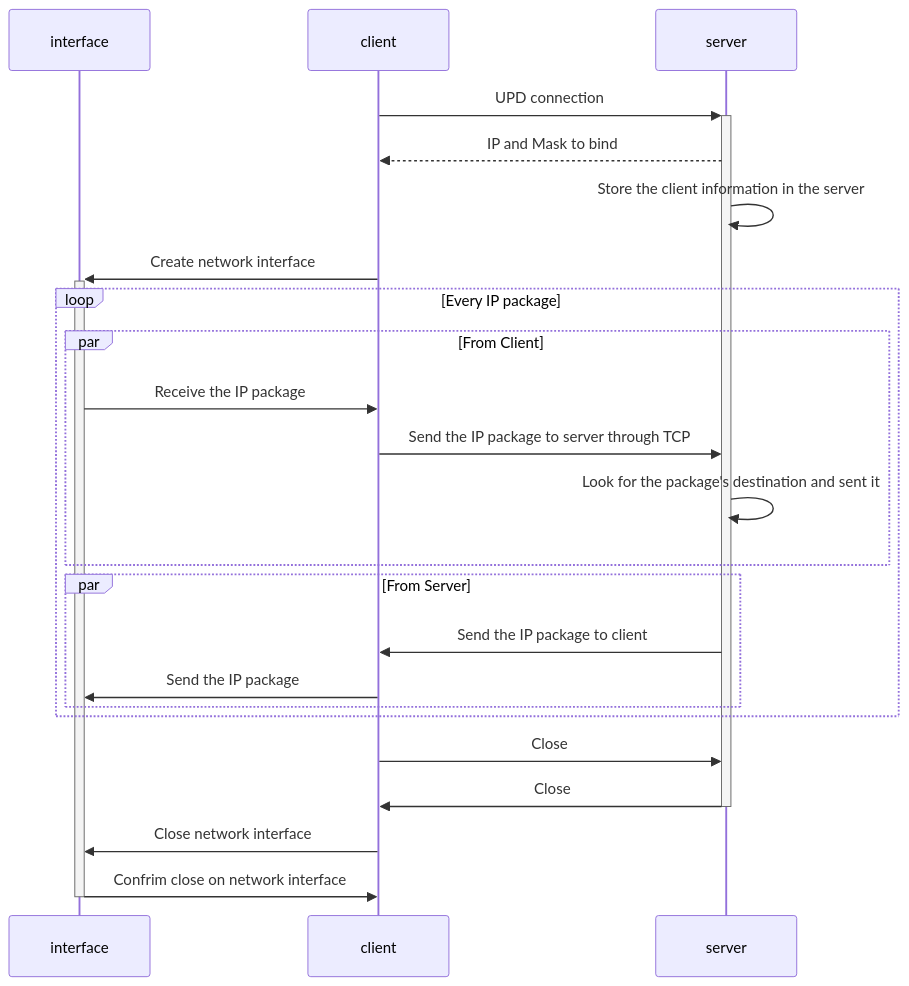
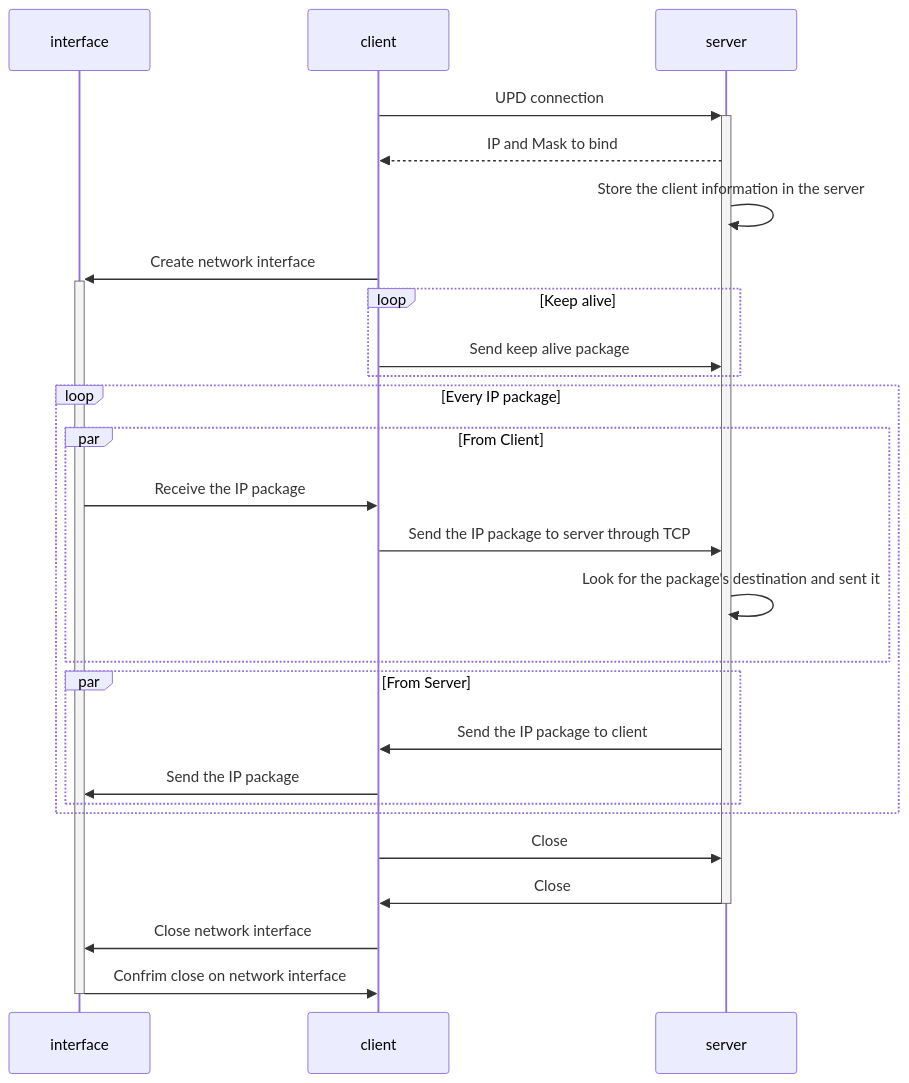
The diagram in README.md (henrybarreto/minivpn), drawn with Mermaid before and after one commit. The commit also changed other lines of this file, not shown here.

Commit message:
g70aVAdQ1MKqQ5hNRJp8XTDDlcRHWMlisfDLRZ/51DA=

````diff
--- a/README.md
+++ b/README.md
@@ -8,26 +9,31 @@
 ```mermaid
 sequenceDiagram
 participant interface
 participant client
 participant server
 client ->>+ server: UPD connection
 server -->> client: IP and Mask to bind
 server ->> server: Store the client information in the server
 client ->>+ interface: Create network interface
+
+loop Keep alive
+    client ->> server: Send keep alive package
+end
+
 loop Every IP package
     par From Client
     interface ->> client: Receive the IP package
     client ->> server: Send the IP package to server through TCP
     server ->> server: Look for the package's destination and sent it
     end
     par From Server
     server ->> client: Send the IP package to client
     client ->> interface: Send the IP package
     end
 end
+
 client ->> server: Close
 server ->>- client: Close
 client ->> interface: Close network interface
 interface ->>- client: Confrim close on network interface
-
 ```
````
